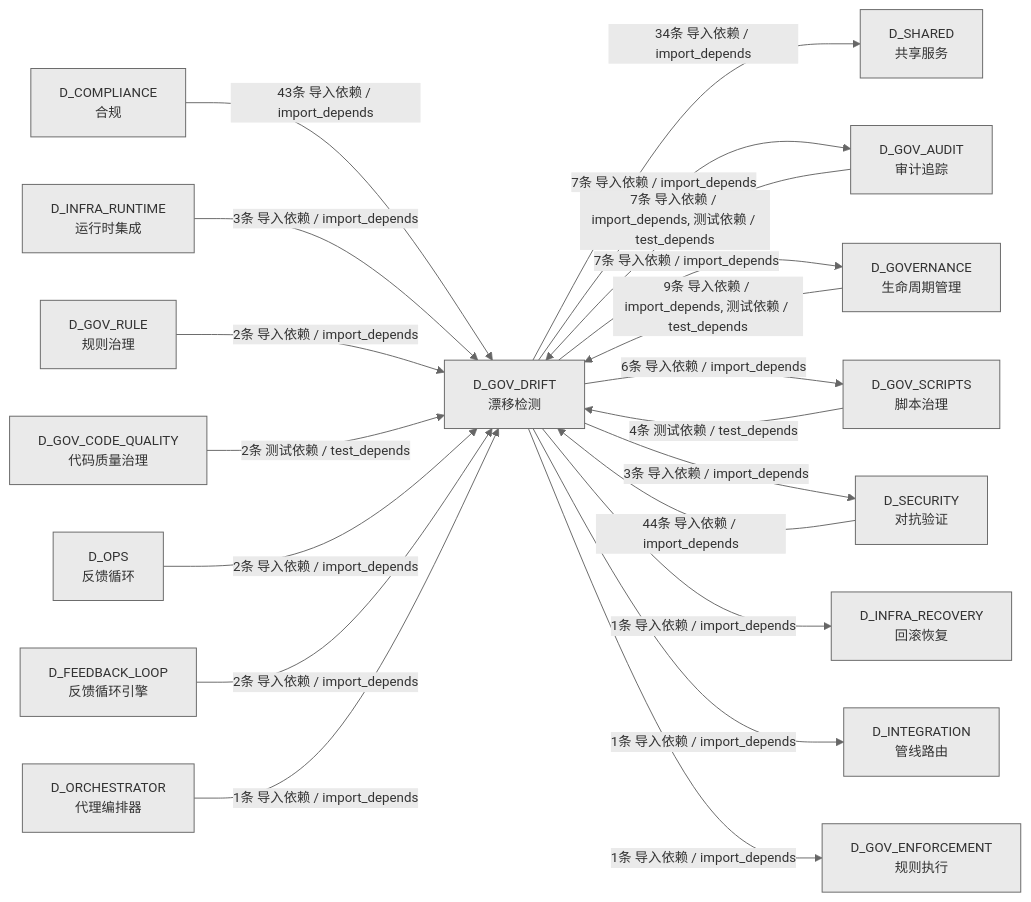
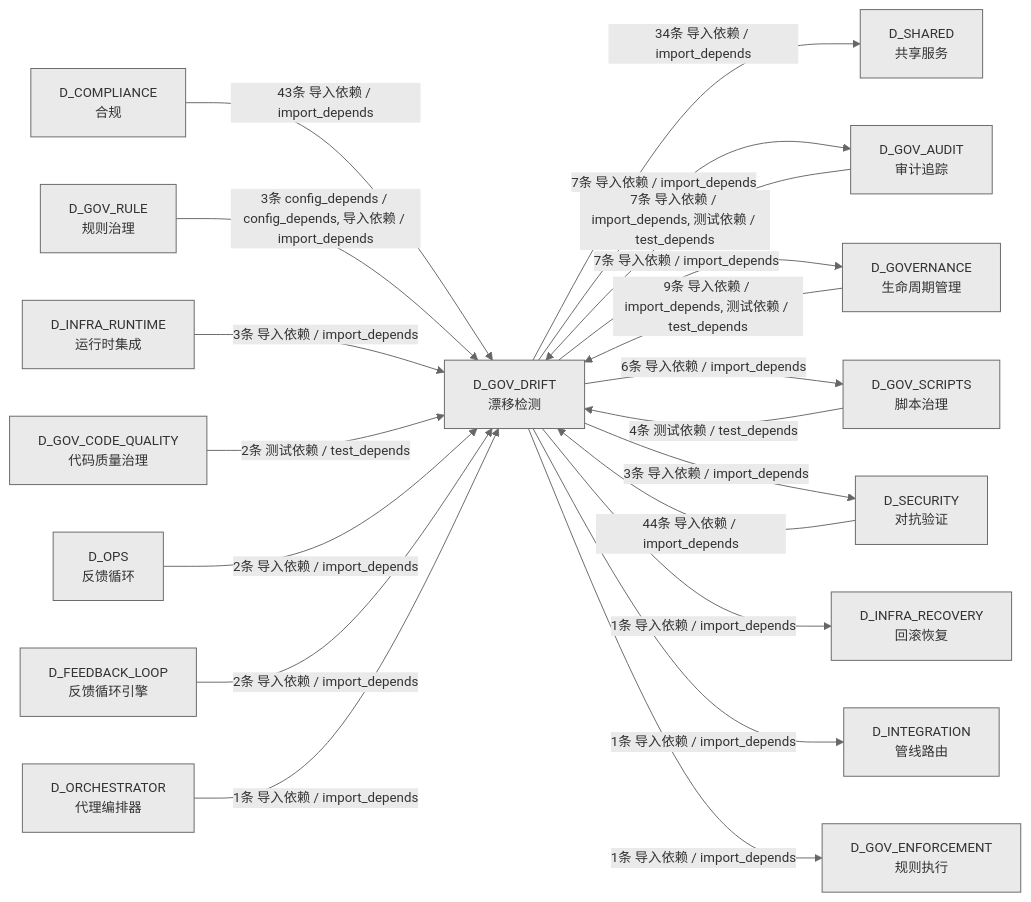
The fourth of 4 diagrams in docs/02_enterprise_architecture/02_domain_architecture_docs/52_d_gov_drift.md (xuanFelixVan/ZephyrAlpha), drawn with Mermaid before and after one commit. The commit also changed other lines of this file and 66 other files, not shown here.

````diff
--- a/docs/02_enterprise_architecture/02_domain_architecture_docs/52_d_gov_drift.md
+++ b/docs/02_enterprise_architecture/02_domain_architecture_docs/52_d_gov_drift.md
@@ -656,39 +658,39 @@
 ```mermaid
 %%{init: {'theme': 'base', 'themeVariables': {'primaryColor': '#eaeaea', 'primaryTextColor': '#333333', 'primaryBorderColor': '#666666', 'lineColor': '#666666', 'secondaryColor': '#eaeaea', 'tertiaryColor': '#eaeaea', 'fontSize': '14px'}}}%%
 graph LR
     D_GOV_DRIFT["D_GOV_DRIFT<br/>漂移检测"]
     D_SHARED["D_SHARED<br/>共享服务"]
     D_GOV_AUDIT["D_GOV_AUDIT<br/>审计追踪"]
     D_GOVERNANCE["D_GOVERNANCE<br/>生命周期管理"]
     D_GOV_SCRIPTS["D_GOV_SCRIPTS<br/>脚本治理"]
     D_SECURITY["D_SECURITY<br/>对抗验证"]
     D_INFRA_RECOVERY["D_INFRA_RECOVERY<br/>回滚恢复"]
     D_INTEGRATION["D_INTEGRATION<br/>管线路由"]
     D_GOV_ENFORCEMENT["D_GOV_ENFORCEMENT<br/>规则执行"]
     D_COMPLIANCE["D_COMPLIANCE<br/>合规"]
+    D_GOV_RULE["D_GOV_RULE<br/>规则治理"]
     D_INFRA_RUNTIME["D_INFRA_RUNTIME<br/>运行时集成"]
-    D_GOV_RULE["D_GOV_RULE<br/>规则治理"]
     D_GOV_CODE_QUALITY["D_GOV_CODE_QUALITY<br/>代码质量治理"]
     D_OPS["D_OPS<br/>反馈循环"]
     D_FEEDBACK_LOOP["D_FEEDBACK_LOOP<br/>反馈循环引擎"]
     D_ORCHESTRATOR["D_ORCHESTRATOR<br/>代理编排器"]
     D_GOV_DRIFT -->|34条 导入依赖 / import_depends| D_SHARED
     D_GOV_DRIFT -->|7条 导入依赖 / import_depends| D_GOV_AUDIT
     D_GOV_DRIFT -->|7条 导入依赖 / import_depends| D_GOVERNANCE
     D_GOV_DRIFT -->|6条 导入依赖 / import_depends| D_GOV_SCRIPTS
     D_GOV_DRIFT -->|3条 导入依赖 / import_depends| D_SECURITY
     D_GOV_DRIFT -->|1条 导入依赖 / import_depends| D_INFRA_RECOVERY
     D_GOV_DRIFT -->|1条 导入依赖 / import_depends| D_INTEGRATION
     D_GOV_DRIFT -->|1条 导入依赖 / import_depends| D_GOV_ENFORCEMENT
     D_SECURITY -->|44条 导入依赖 / import_depends| D_GOV_DRIFT
     D_COMPLIANCE -->|43条 导入依赖 / import_depends| D_GOV_DRIFT
     D_GOVERNANCE -->|9条 导入依赖 / import_depends, 测试依赖 / test_depends| D_GOV_DRIFT
     D_GOV_AUDIT -->|7条 导入依赖 / import_depends, 测试依赖 / test_depends| D_GOV_DRIFT
     D_GOV_SCRIPTS -->|4条 测试依赖 / test_depends| D_GOV_DRIFT
+    D_GOV_RULE -->|3条 config_depends / config_depends, 导入依赖 / import_depends| D_GOV_DRIFT
     D_INFRA_RUNTIME -->|3条 导入依赖 / import_depends| D_GOV_DRIFT
-    D_GOV_RULE -->|2条 导入依赖 / import_depends| D_GOV_DRIFT
     D_GOV_CODE_QUALITY -->|2条 测试依赖 / test_depends| D_GOV_DRIFT
     D_OPS -->|2条 导入依赖 / import_depends| D_GOV_DRIFT
     D_FEEDBACK_LOOP -->|2条 导入依赖 / import_depends| D_GOV_DRIFT
     D_ORCHESTRATOR -->|1条 导入依赖 / import_depends| D_GOV_DRIFT
 ```
````
